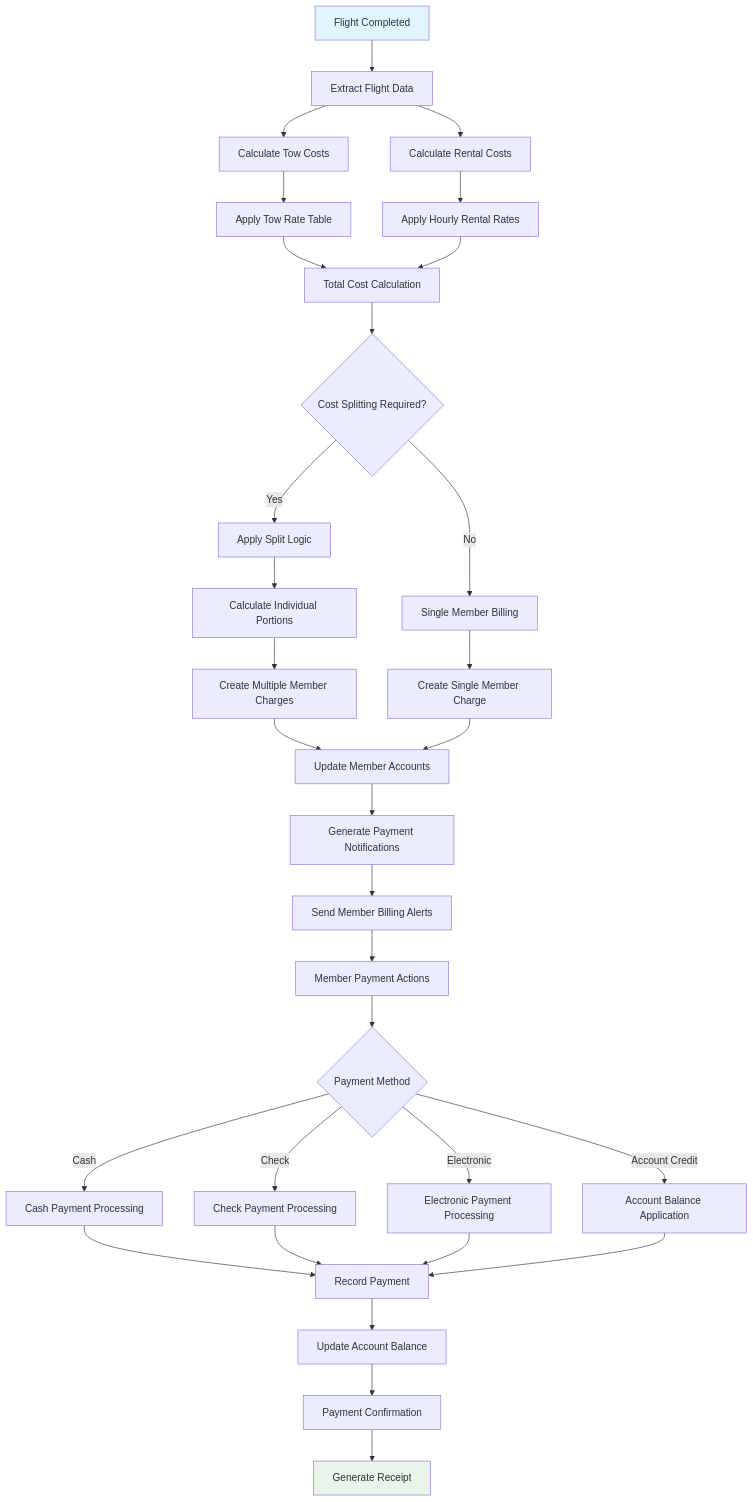
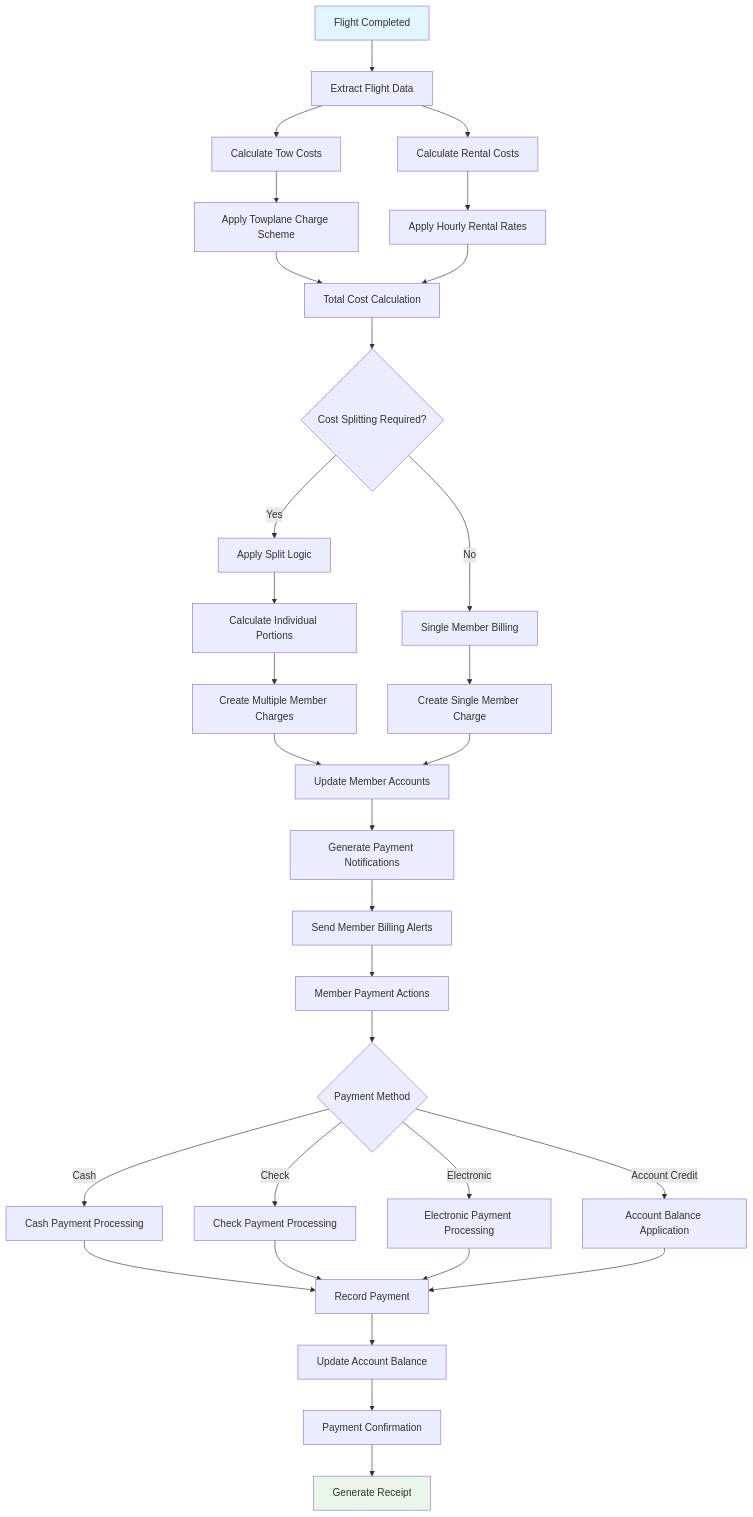
Before and after one commit to pietbarber/Manage2Soar: the first of 11 diagrams in docs/workflows/07-payment-workflow.md, drawn with Mermaid. The commit also changed other lines of this file and 14 other files, not shown here.

Commit message:
Deprecate and retire tow rate table Fixes #283

````diff
--- a/docs/workflows/07-payment-workflow.md
+++ b/docs/workflows/07-payment-workflow.md
@@ -16,46 +16,46 @@
 ```mermaid
 flowchart TD
     A[Flight Completed] --> B[Extract Flight Data]
     B --> C[Calculate Tow Costs]
     B --> D[Calculate Rental Costs]
 
-    C --> F[Apply Tow Rate Table]
+    C --> F[Apply Towplane Charge Scheme]
     D --> G[Apply Hourly Rental Rates]
 
     F --> I[Total Cost Calculation]
     G --> I
 
     I --> J{Cost Splitting Required?}
     J -->|Yes| K[Apply Split Logic]
     J -->|No| L[Single Member Billing]
 
     K --> M[Calculate Individual Portions]
     M --> N[Create Multiple Member Charges]
 
     L --> O[Create Single Member Charge]
     N --> P[Update Member Accounts]
     O --> P
 
     P --> Q[Generate Payment Notifications]
     Q --> R[Send Member Billing Alerts]
 
     R --> S[Member Payment Actions]
     S --> T{Payment Method}
 
     T -->|Cash| U[Cash Payment Processing]
     T -->|Check| V[Check Payment Processing]
     T -->|Electronic| W[Electronic Payment Processing]
     T -->|Account Credit| X[Account Balance Application]
 
     U --> Y[Record Payment]
     V --> Y
     W --> Y
     X --> Y
 
     Y --> Z[Update Account Balance]
     Z --> AA[Payment Confirmation]
     AA --> BB[Generate Receipt]
 
     style A fill:#e1f5fe
     style BB fill:#e8f5e8
 ```
````
